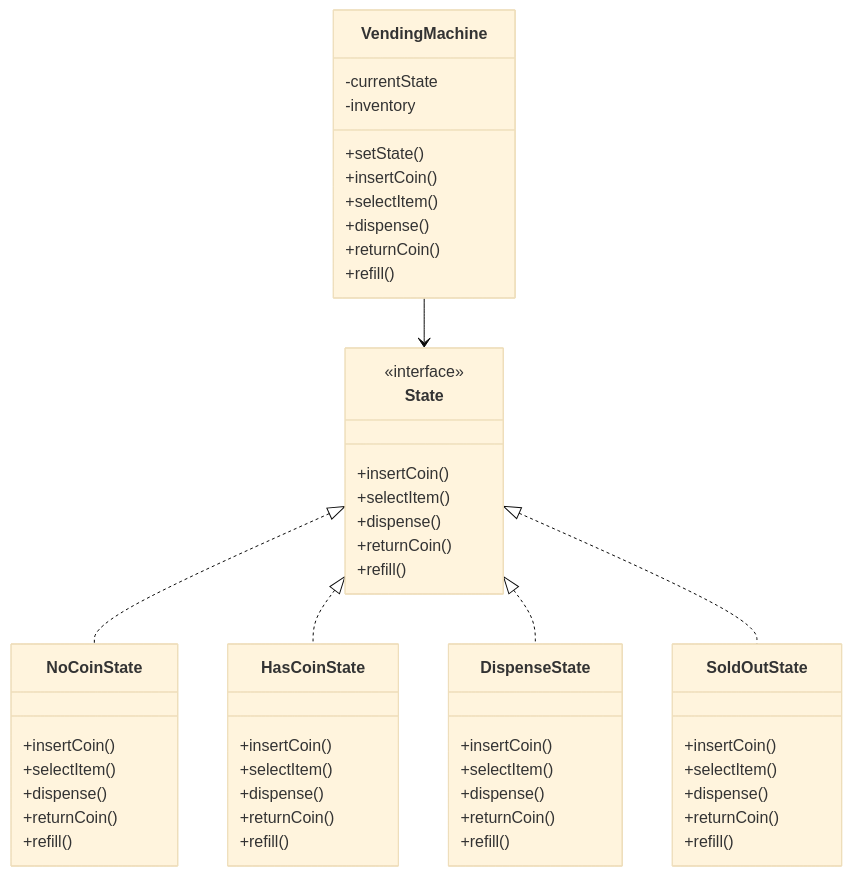
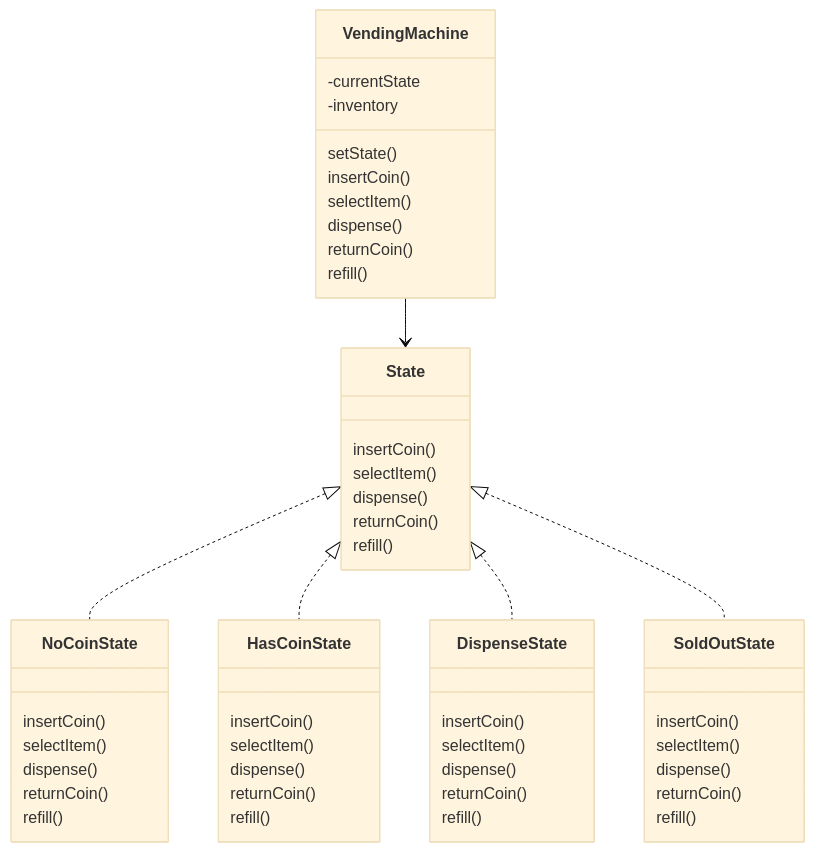
The second of 7 diagrams in src/content/lld-state-design-pattern.md (gojosatoru123-ux/CacheU), drawn with Mermaid (base theme) before and after one commit. The commit also changed other lines of this file and 21 other files, not shown here.

````diff
--- a/src/content/lld-state-design-pattern.md
+++ b/src/content/lld-state-design-pattern.md
@@ -154,60 +154,61 @@
 ```mermaid
 classDiagram
-    class State {
-        <<interface>>
-        +insertCoin()
-        +selectItem()
-        +dispense()
-        +returnCoin()
-        +refill()
-    }
 
-    class NoCoinState {
-        +insertCoin()
-        +selectItem()
-        +dispense()
-        +returnCoin()
-        +refill()
-    }
+class State {
+    insertCoin()
+    selectItem()
+    dispense()
+    returnCoin()
+    refill()
+}
 
-    class HasCoinState {
-        +insertCoin()
-        +selectItem()
-        +dispense()
-        +returnCoin()
-        +refill()
-    }
+class NoCoinState {
+    insertCoin()
+    selectItem()
+    dispense()
+    returnCoin()
+    refill()
+}
 
-    class DispenseState {
-        +insertCoin()
-        +selectItem()
-        +dispense()
-        +returnCoin()
-        +refill()
-    }
+class HasCoinState {
+    insertCoin()
+    selectItem()
+    dispense()
+    returnCoin()
+    refill()
+}
 
-    class SoldOutState {
-        +insertCoin()
-        +selectItem()
-        +dispense()
-        +returnCoin()
-        +refill()
-    }
+class DispenseState {
+    insertCoin()
+    selectItem()
+    dispense()
+    returnCoin()
+    refill()
+}
 
-    class VendingMachine {
-        -currentState
-        -inventory
-        +setState()
-        +insertCoin()
-        +selectItem()
-        +dispense()
-        +returnCoin()
-        +refill()
-    }
+class SoldOutState {
+    insertCoin()
+    selectItem()
+    dispense()
+    returnCoin()
+    refill()
+}
 
-    State <|.. NoCoinState
-    State <|.. HasCoinState
-    State <|.. DispenseState
-    State <|.. SoldOutState
-    VendingMachine --> State
+class VendingMachine {
+    -currentState
+    -inventory
+    setState()
+    insertCoin()
+    selectItem()
+    dispense()
+    returnCoin()
+    refill()
+}
+
+State <|.. NoCoinState
+State <|.. HasCoinState
+State <|.. DispenseState
+State <|.. SoldOutState
+
+VendingMachine --> State
 ```
````
